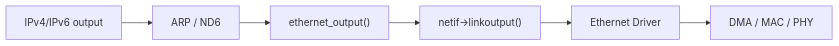
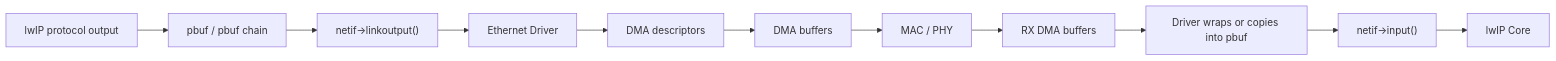
Before and after one commit to wdfk-prog/lwIP-Source-Lab: the first of 5 diagrams in docs/20-ethernet-dma-zero-copy.md, drawn with Mermaid. The commit also changed other lines of this file and 49 other files, not shown here.

````diff
--- a/docs/20-ethernet-dma-zero-copy.md
+++ b/docs/20-ethernet-dma-zero-copy.md
@@ -61,8 +34,14 @@
 ```mermaid
 flowchart LR
-    A["IPv4/IPv6 output"] --> B["ARP / ND6"]
-    B --> C["ethernet_output()"]
-    C --> D["netif->linkoutput()"]
-    D --> E["Ethernet Driver"]
-    E --> F["DMA / MAC / PHY"]
+    A["lwIP protocol output"] --> B["pbuf / pbuf chain"]
+    B --> C["netif->linkoutput()"]
+    C --> D["Ethernet Driver"]
+    D --> E["DMA descriptors"]
+    E --> F["DMA buffers"]
+    F --> G["MAC / PHY"]
+
+    G --> H["RX DMA buffers"]
+    H --> I["Driver wraps or copies into pbuf"]
+    I --> J["netif->input()"]
+    J --> K["lwIP Core"]
 ```
````
